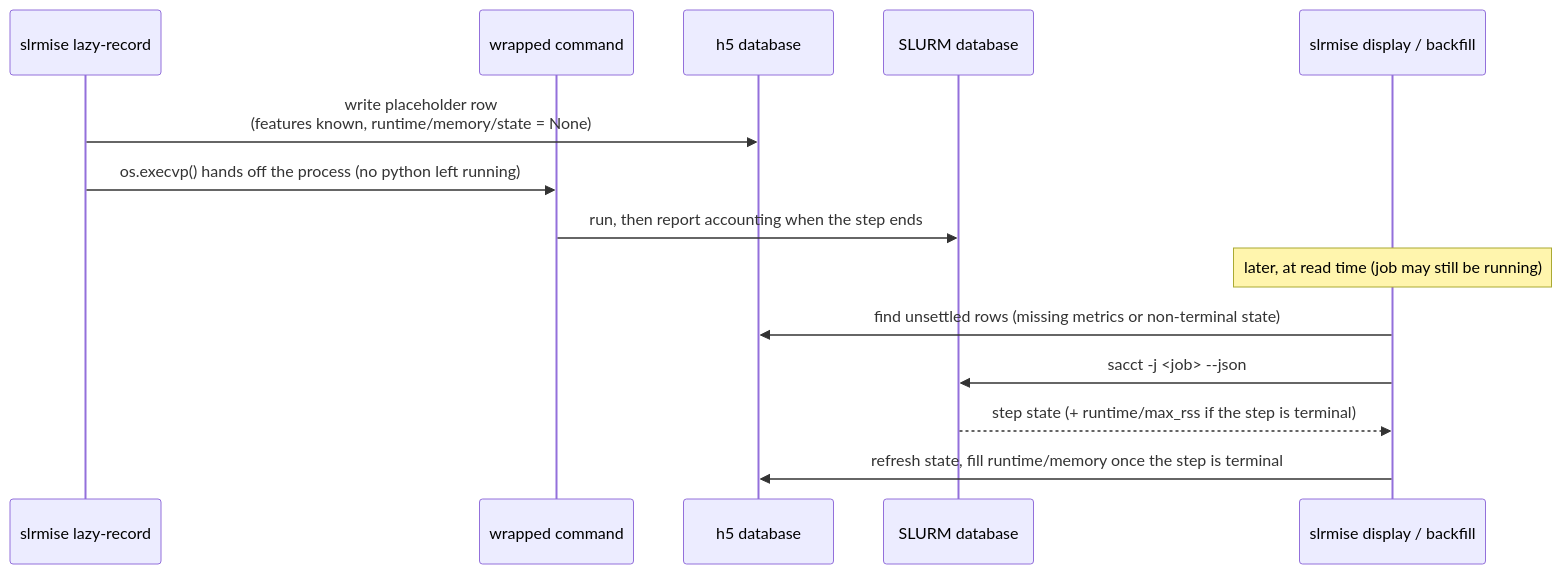
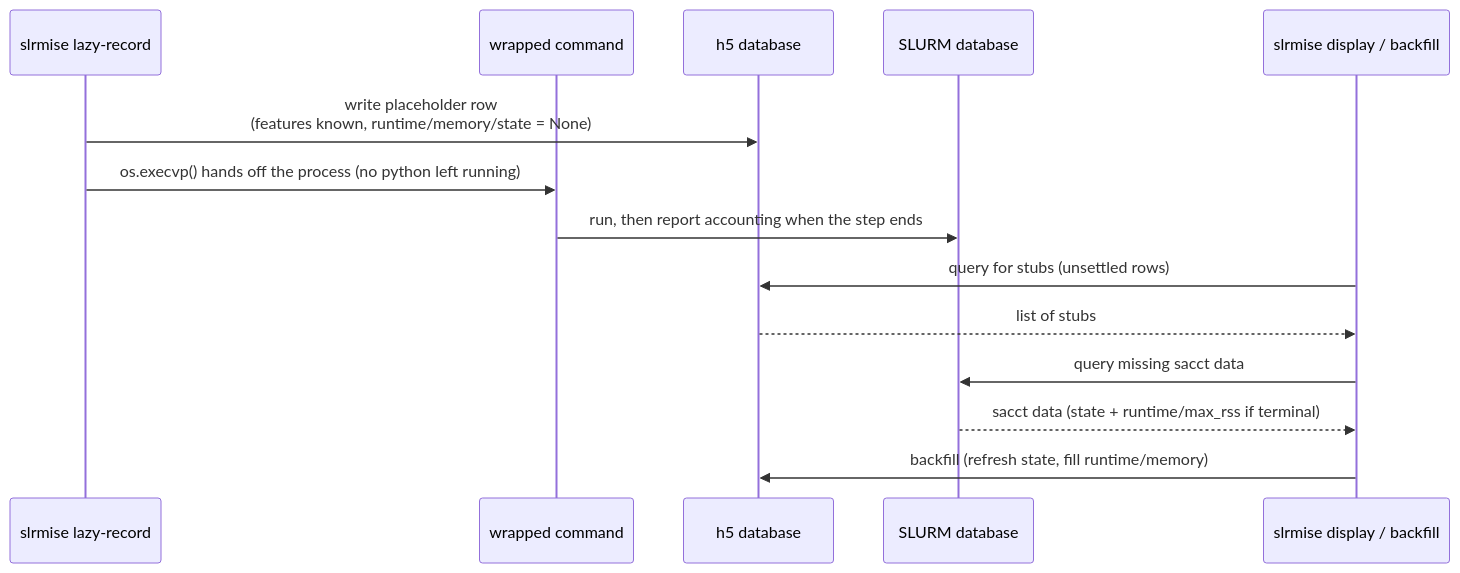
One commit to PrincetonUniversity/slurmise changed the second of 2 diagrams in src/slurmise/tutorial/lazy_recording/README.md. Above: the diagram before and after it, drawn with Mermaid. The commit also changed other lines of this file, not shown here.

Commit message:
docs(tutorial): simplify eager diagram, detail lazy backfill round trips
Eager: swap the SLURM database and slrmise record columns, drop
the Note boxes and the alt/race branch for a clean linear flow.
Lazy: drop the Note box and show the read-time exchange
explicitly -- display queries h5 for stubs, h5 returns them,
display queries SLURM for the missing metrics, SLURM returns
them, display backfills h5.

Claude-Session: https://claude.ai/code/session_012VdRhdqdbYxBwVUuUbxp4t

````diff
--- a/src/slurmise/tutorial/lazy_recording/README.md
+++ b/src/slurmise/tutorial/lazy_recording/README.md
@@ -104,18 +98,18 @@
 ```mermaid
 sequenceDiagram
     participant lazy as slrmise lazy-record
     participant cmd as wrapped command
     participant h5 as h5 database
     participant slurm as SLURM database
     participant disp as slrmise display / backfill
 
     lazy->>h5: write placeholder row<br/>(features known, runtime/memory/state = None)
     lazy->>cmd: os.execvp() hands off the process (no python left running)
     cmd->>slurm: run, then report accounting when the step ends
 
-    Note over disp: later, at read time (job may still be running)
-    disp->>h5: find unsettled rows (missing metrics or non-terminal state)
-    disp->>slurm: sacct -j <job> --json
-    slurm-->>disp: step state (+ runtime/max_rss if the step is terminal)
-    disp->>h5: refresh state, fill runtime/memory once the step is terminal
+    disp->>h5: query for stubs (unsettled rows)
+    h5-->>disp: list of stubs
+    disp->>slurm: query missing sacct data
+    slurm-->>disp: sacct data (state + runtime/max_rss if terminal)
+    disp->>h5: backfill (refresh state, fill runtime/memory)
 ```
````
